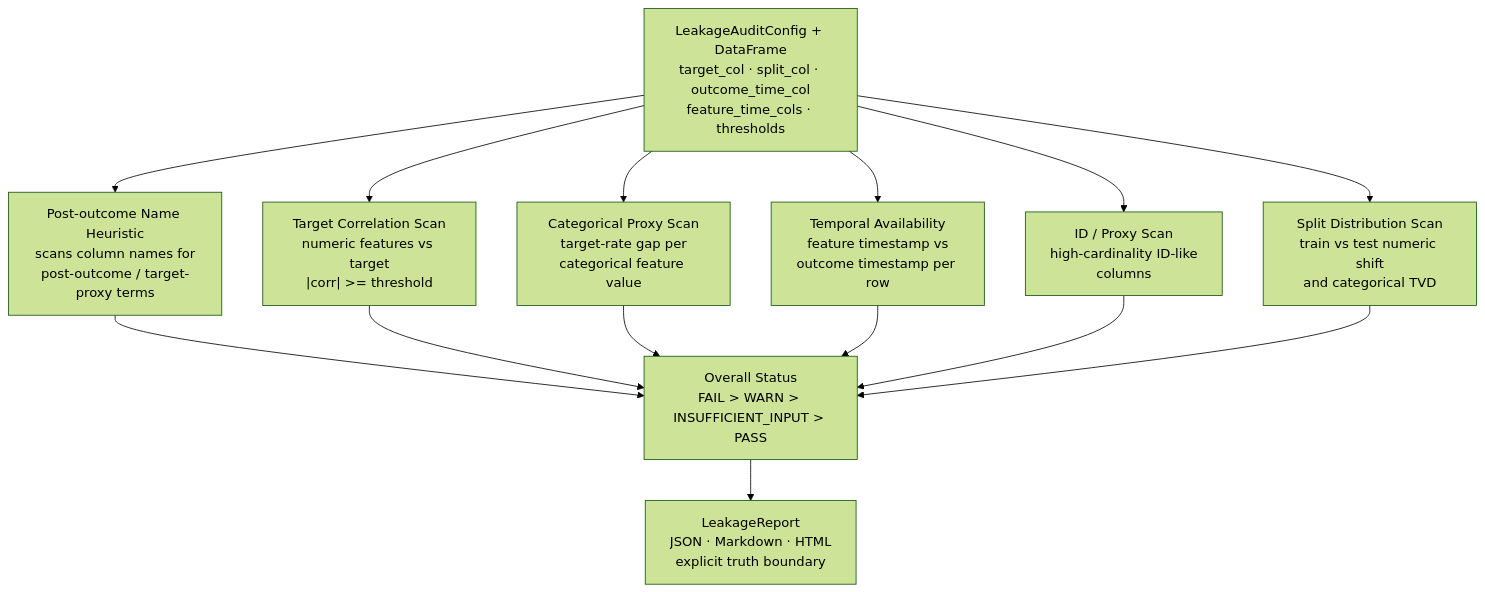
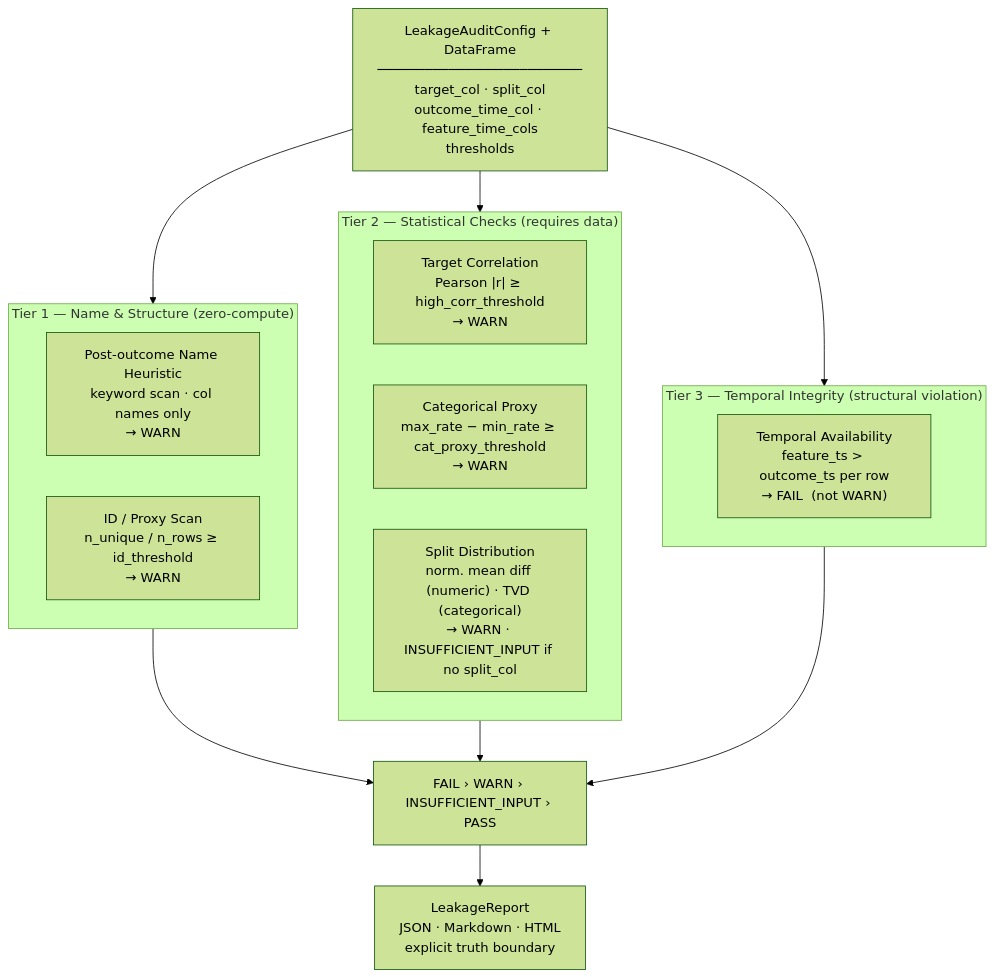
The diagram in README.md (SidharthKriplani/featureleakagelens), drawn with Mermaid (forest theme) before and after one commit. The commit also changed other lines of this file and 2 other files, not shown here.

Commit message:
docs: redesigned arch diagram, About section, defense + PRD v2

````diff
--- a/README.md
+++ b/README.md
@@ -30,30 +34,28 @@
 ```mermaid
 flowchart TD
-    IN["LeakageAuditConfig + DataFrame\ntarget_col · split_col · outcome_time_col\nfeature_time_cols · thresholds"]
+    IN["LeakageAuditConfig + DataFrame\n──────────────────────────\ntarget_col · split_col\noutcome_time_col · feature_time_cols\nthresholds"]
 
-    IN --> NH
-    IN --> TC
-    IN --> CP
-    IN --> TA
-    IN --> ID
-    IN --> SD
+    subgraph CHEAP ["Tier 1 — Name & Structure  (zero-compute)"]
+        NH["Post-outcome Name Heuristic\nkeyword scan · col names only\n→ WARN"]
+        ID["ID / Proxy Scan\nn_unique / n_rows ≥ id_threshold\n→ WARN"]
+    end
 
-    NH["Post-outcome Name Heuristic\nscans column names for\npost-outcome / target-proxy terms"]
-    TC["Target Correlation Scan\nnumeric features vs target\n|corr| >= threshold"]
-    CP["Categorical Proxy Scan\ntarget-rate gap per\ncategorical feature value"]
-    TA["Temporal Availability\nfeature timestamp vs\noutcome timestamp per row"]
-    ID["ID / Proxy Scan\nhigh-cardinality ID-like\ncolumns"]
-    SD["Split Distribution Scan\ntrain vs test numeric shift\nand categorical TVD"]
+    subgraph STAT ["Tier 2 — Statistical Checks  (requires data)"]
+        TC["Target Correlation\nPearson |r| ≥ high_corr_threshold\n→ WARN"]
+        CP["Categorical Proxy\nmax_rate − min_rate ≥ cat_proxy_threshold\n→ WARN"]
+        SD["Split Distribution\nnorm. mean diff (numeric) · TVD (categorical)\n→ WARN · INSUFFICIENT_INPUT if no split_col"]
+    end
 
-    NH --> AGG
-    TC --> AGG
-    CP --> AGG
-    TA --> AGG
-    ID --> AGG
-    SD --> AGG
+    subgraph TEMPORAL ["Tier 3 — Temporal Integrity  (structural violation)"]
+        TA["Temporal Availability\nfeature_ts > outcome_ts per row\n→ FAIL  (not WARN)"]
+    end
 
-    AGG["Overall Status\nFAIL > WARN > INSUFFICIENT_INPUT > PASS"]
-    AGG --> OUT
+    IN --> CHEAP
+    IN --> STAT
+    IN --> TEMPORAL
 
-    OUT["LeakageReport\nJSON · Markdown · HTML\nexplicit truth boundary"]
+    CHEAP & STAT & TEMPORAL --> AGG
+
+    AGG["FAIL › WARN › INSUFFICIENT_INPUT › PASS"]
+    AGG --> OUT["LeakageReport\nJSON · Markdown · HTML\nexplicit truth boundary"]
 ```
````
